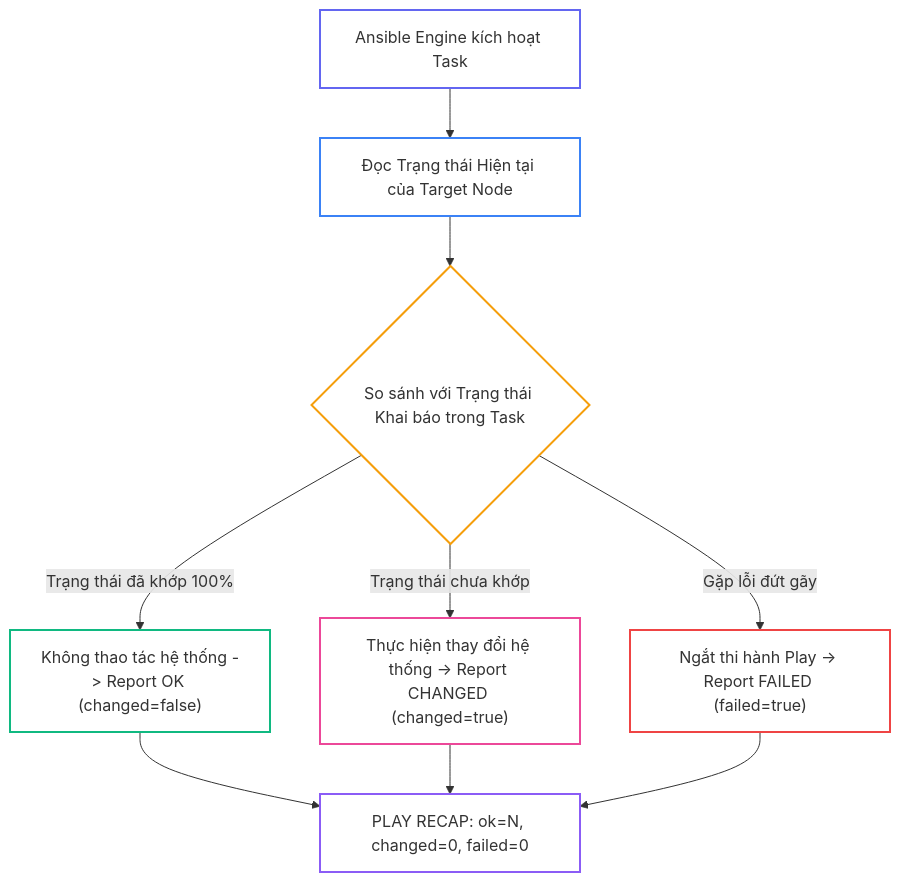
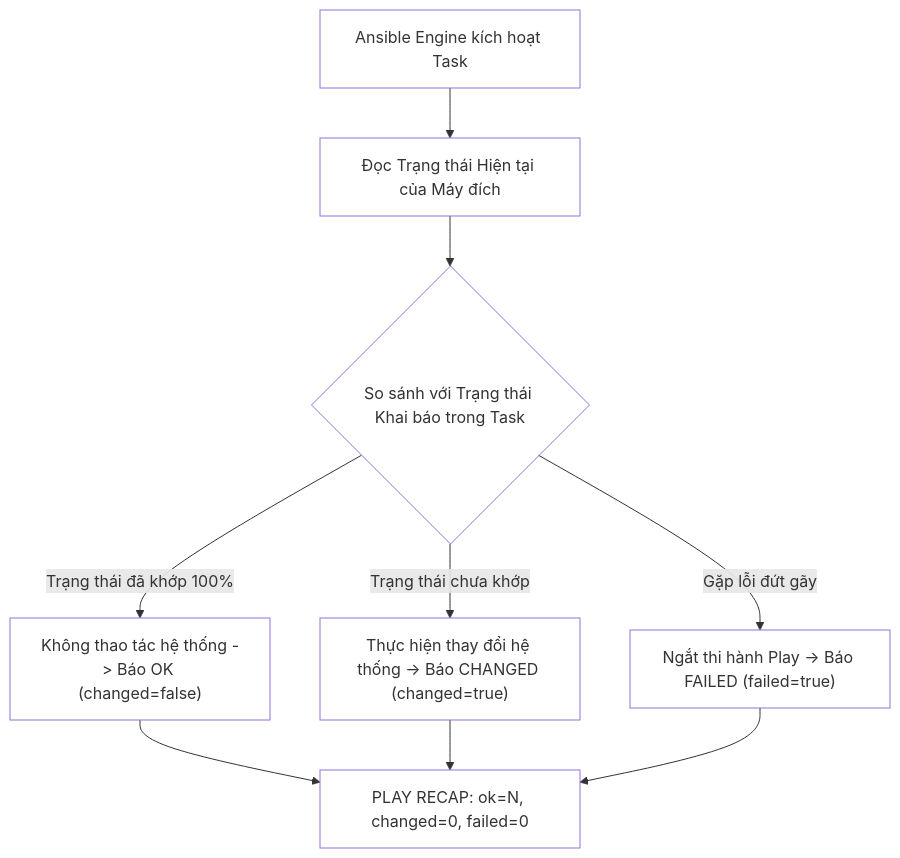
Before and after one commit to kiennt308/ntk: the first of 3 diagrams in _posts/2026-09-13-ansible-06-06-idempotency.md, drawn with Mermaid. The commit also changed other lines of this file and 30 other files, not shown here.

````diff
--- a/_posts/2026-09-13-ansible-06-06-idempotency.md
+++ b/_posts/2026-09-13-ansible-06-06-idempotency.md
@@ -82,20 +37,20 @@
 ```mermaid
 graph TD
-    A["Ansible Engine kích hoạt Task"] --> B["Đọc Trạng thái Hiện tại của Target Node"]
+    A["Ansible Engine kích hoạt Task"] --> B["Đọc Trạng thái Hiện tại của Máy đích"]
     B --> C{"So sánh với Trạng thái Khai báo trong Task"}
-    C -->|"Trạng thái đã khớp 100%"| D["Không thao tác hệ thống -> Report OK (changed=false)"]
-    C -->|"Trạng thái chưa khớp"| E["Thực hiện thay đổi hệ thống -> Report CHANGED (changed=true)"]
-    C -->|"Gặp lỗi đứt gãy"| F["Ngắt thi hành Play -> Report FAILED (failed=true)"]
+    C -->|"Trạng thái đã khớp 100%"| D["Không thao tác hệ thống -> Báo OK (changed=false)"]
+    C -->|"Trạng thái chưa khớp"| E["Thực hiện thay đổi hệ thống -> Báo CHANGED (changed=true)"]
+    C -->|"Gặp lỗi đứt gãy"| F["Ngắt thi hành Play -> Báo FAILED (failed=true)"]
     
     D --> G["PLAY RECAP: ok=N, changed=0, failed=0"]
     E --> G
     F --> G
 
-    style A fill:none,stroke:#6366f1,stroke-width:2px
-    style B fill:none,stroke:#3b82f6,stroke-width:2px
-    style C fill:none,stroke:#f59e0b,stroke-width:2px
-    style D fill:none,stroke:#10b981,stroke-width:2px
-    style E fill:none,stroke:#ec4899,stroke-width:2px
-    style F fill:none,stroke:#ef4444,stroke-width:2px
-    style G fill:none,stroke:#8b5cf6,stroke-width:2px
+    style A fill:none
+    style B fill:none
+    style C fill:none
+    style D fill:none
+    style E fill:none
+    style F fill:none
+    style G fill:none
 ```
````
